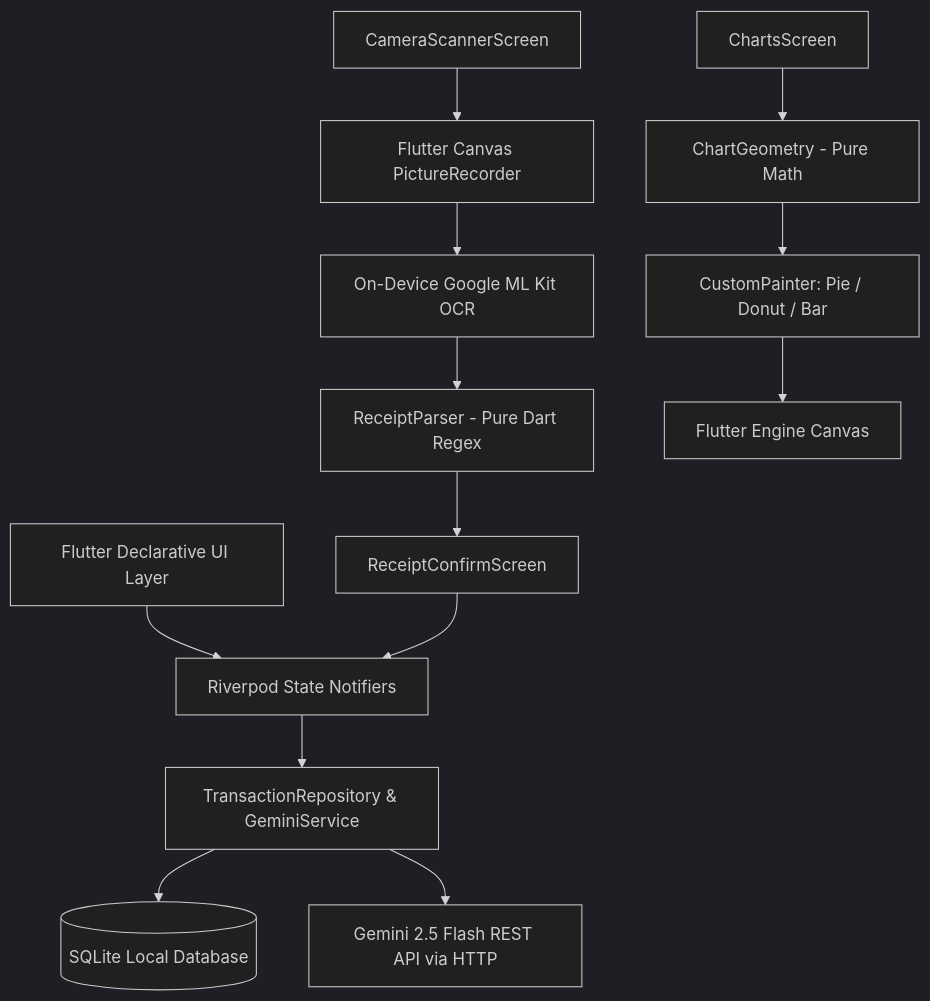
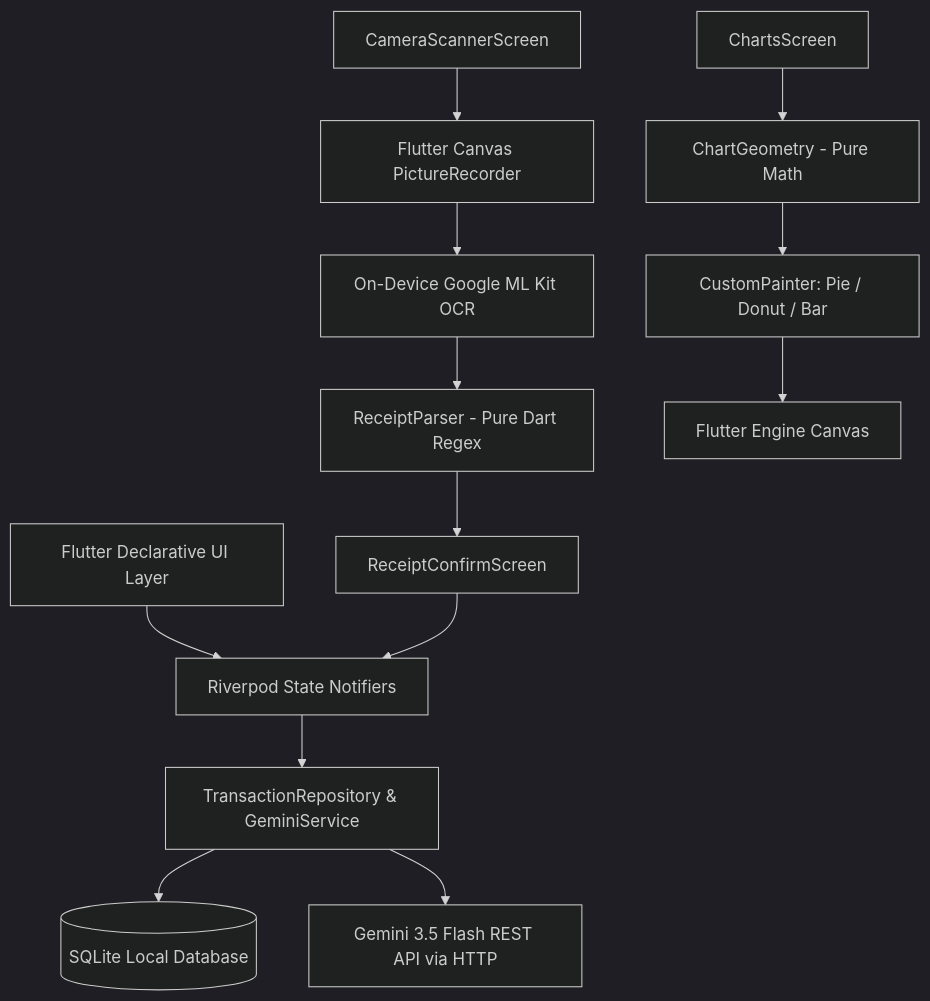
One commit to lethihuonggiang-2907/danentang_project3 changed the diagram in REPORT.md. Above: the diagram before and after it, drawn with Mermaid (dark theme). The commit also changed other lines of this file and 4 other files, not shown here.

Commit message:
fix(ai_assistant): migrate to gemini-3.5-flash

````diff
--- a/REPORT.md
+++ b/REPORT.md
@@ -42,17 +42,17 @@
 ```mermaid
 graph TD
     UI[Flutter Declarative UI Layer] --> Notifiers[Riverpod State Notifiers]
     Notifiers --> Repos[TransactionRepository & GeminiService]
     Repos --> LocalDB[(SQLite Local Database)]
-    Repos --> RemoteAI[Gemini 2.5 Flash REST API via HTTP]
+    Repos --> RemoteAI[Gemini 3.5 Flash REST API via HTTP]
     
     CameraScreen[CameraScannerScreen] --> NativeEngine[Flutter Canvas PictureRecorder]
     NativeEngine --> MLKit[On-Device Google ML Kit OCR]
     MLKit --> PureParser[ReceiptParser - Pure Dart Regex]
     PureParser --> ConfirmScreen[ReceiptConfirmScreen]
     ConfirmScreen --> Notifiers
     
     ChartsScreen[ChartsScreen] --> ChartMath[ChartGeometry - Pure Math]
     ChartMath --> Painters[CustomPainter: Pie / Donut / Bar]
     Painters --> Canvas[Flutter Engine Canvas]
 ```
````
